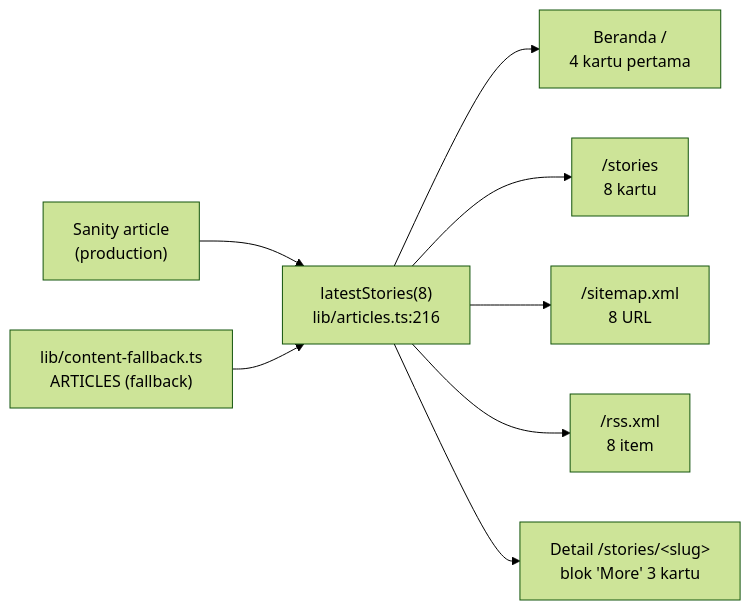
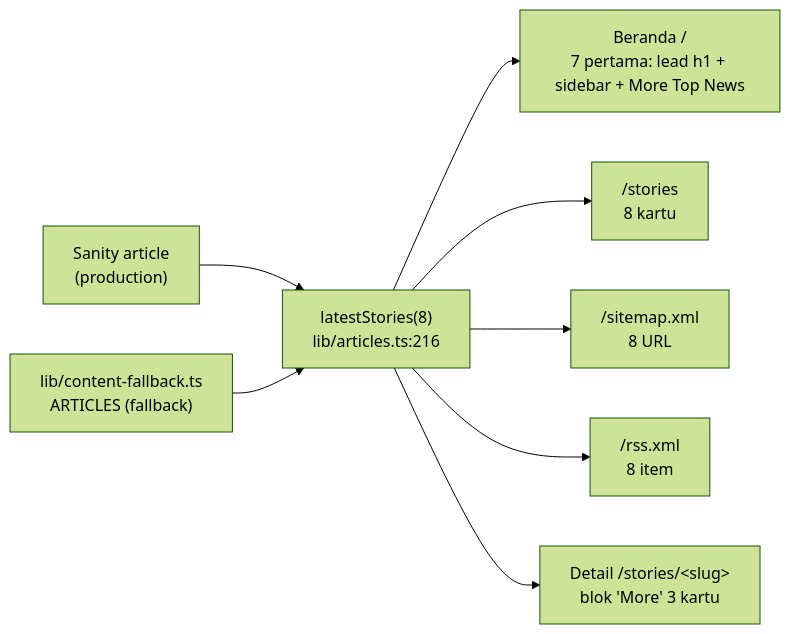
Before and after one commit to albiruby/melodialam-website: the fourth of 6 diagrams in docs/ARCHITECTURE.md, drawn with Mermaid (forest theme). The commit also changed other lines of this file and 43 other files, not shown here.

````diff
--- a/docs/ARCHITECTURE.md
+++ b/docs/ARCHITECTURE.md
@@ -559,10 +559,10 @@
 ```mermaid
 flowchart LR
   S["Sanity article<br/>(production)"] --> L["latestStories(8)<br/>lib/articles.ts:216"]
   F["lib/content-fallback.ts<br/>ARTICLES (fallback)"] --> L
-  L --> H["Beranda /<br/>4 kartu pertama"]
+  L --> H["Beranda /<br/>7 pertama: lead h1 + sidebar + More Top News"]
   L --> ST["/stories<br/>8 kartu"]
   L --> SM["/sitemap.xml<br/>8 URL"]
   L --> RS["/rss.xml<br/>8 item"]
   L --> MO["Detail /stories/&lt;slug&gt;<br/>blok 'More' 3 kartu"]
 ```
````
